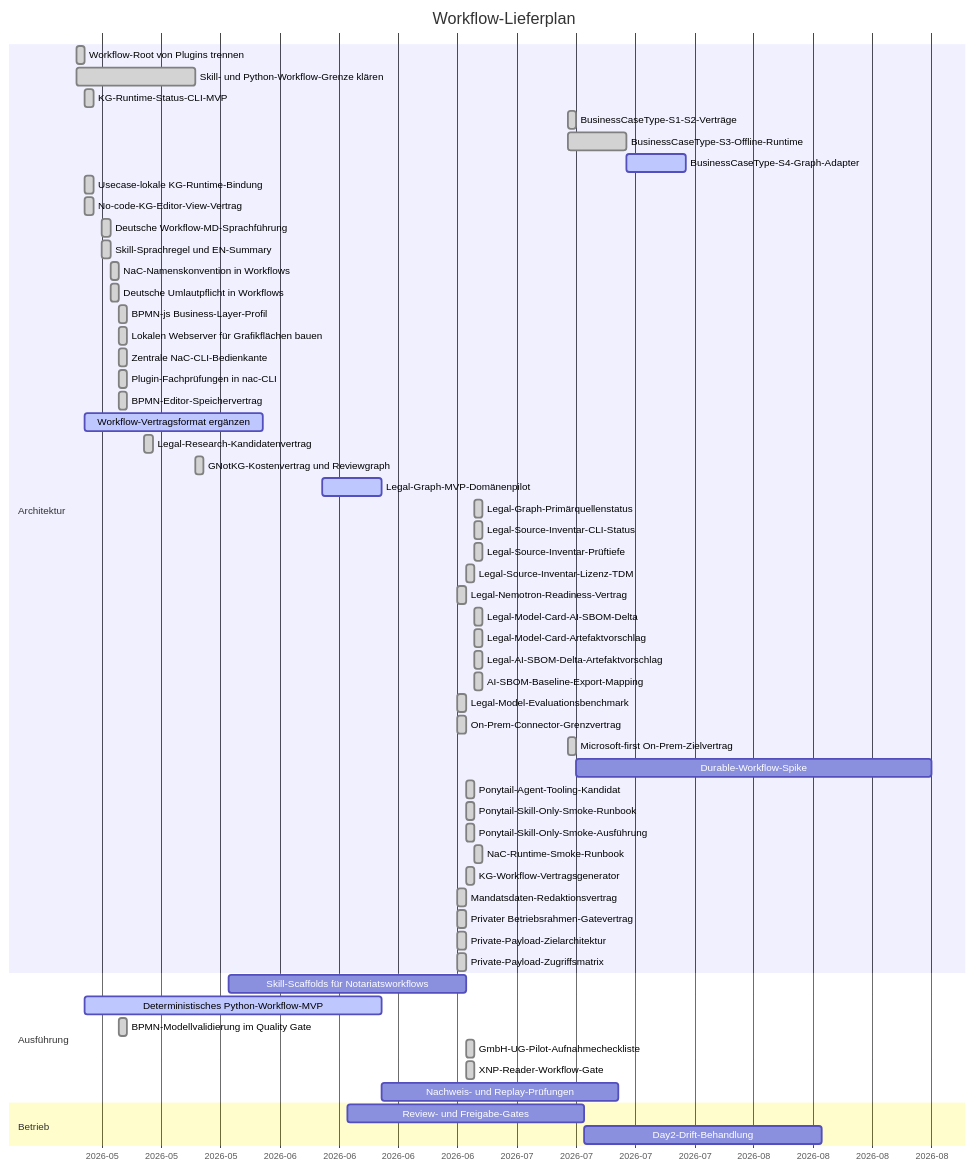
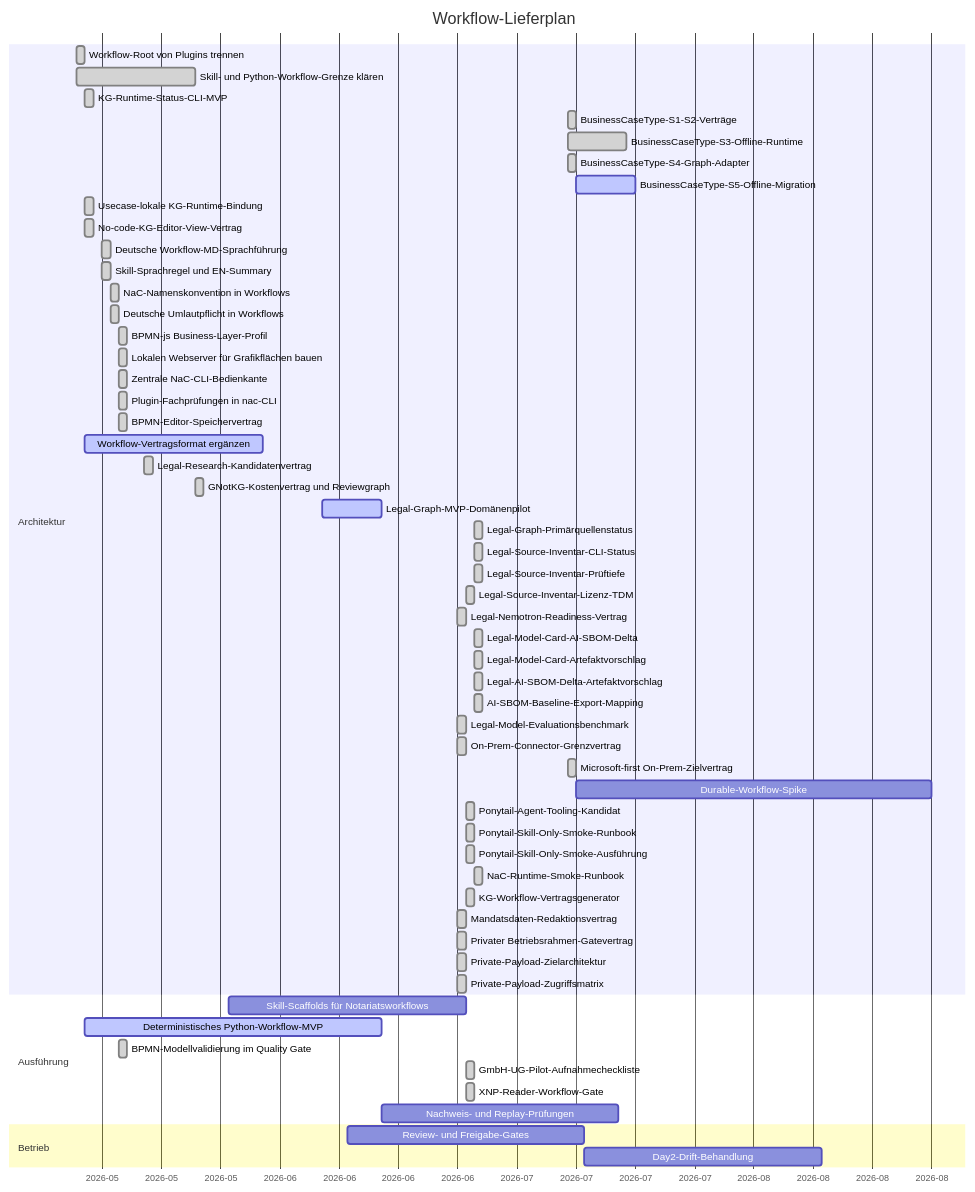
Before and after one commit to notariat8/NaC: the diagram in workflows/GANTT.md, drawn with Mermaid. The commit also changed 52 other files, not shown here.

Commit message:
feat(kg): add offline BusinessCaseType migration S5

````diff
--- a/workflows/GANTT.md
+++ b/workflows/GANTT.md
@@ -5,63 +5,64 @@
 ```mermaid
 gantt
     title Workflow-Lieferplan
     dateFormat  YYYY-MM-DD
     axisFormat  %Y-%m
 
     section Architektur
     Workflow-Root von Plugins trennen          :done,   w1, 2026-05-14, 1d
     Skill- und Python-Workflow-Grenze klären  :done,   w2, 2026-05-14, 14d
     KG-Runtime-Status-CLI-MVP                  :done,   w3, 2026-05-15, 1d
     BusinessCaseType-S1-S2-Verträge            :done,   w3b, 2026-07-11, 1d
     BusinessCaseType-S3-Offline-Runtime         :done,   w3c, 2026-07-11, 7d
-    BusinessCaseType-S4-Graph-Adapter           :active, w3d, after w3c, 7d
+    BusinessCaseType-S4-Graph-Adapter           :done,   w3d, 2026-07-11, 1d
+    BusinessCaseType-S5-Offline-Migration      :active, w3e, 2026-07-12, 7d
     Usecase-lokale KG-Runtime-Bindung          :done,   w3a, 2026-05-15, 1d
     No-code-KG-Editor-View-Vertrag             :done,   w4a, 2026-05-15, 1d
     Deutsche Workflow-MD-Sprachführung        :done,   w4b, 2026-05-17, 1d
     Skill-Sprachregel und EN-Summary            :done,   w4c, 2026-05-17, 1d
     NaC-Namenskonvention in Workflows           :done,   w4d, 2026-05-18, 1d
     Deutsche Umlautpflicht in Workflows         :done,   w4e, 2026-05-18, 1d
     BPMN-js Business-Layer-Profil               :done,   w4f, 2026-05-19, 1d
     Lokalen Webserver für Grafikflächen bauen  :done,   w4g, 2026-05-19, 1d
     Zentrale NaC-CLI-Bedienkante                :done,   w4h, 2026-05-19, 1d
     Plugin-Fachprüfungen in nac-CLI             :done,   w4i, 2026-05-19, 1d
     BPMN-Editor-Speichervertrag                 :done,   w4j, 2026-05-19, 1d
     Workflow-Vertragsformat ergänzen          :active, w4, 2026-05-15, 21d
     Legal-Research-Kandidatenvertrag           :done,   w4k, 2026-05-22, 1d
     GNotKG-Kostenvertrag und Reviewgraph        :done,   w4l, 2026-05-28, 1d
     Legal-Graph-MVP-Domänenpilot              :active, w4m, 2026-06-12, 7d
     Legal-Graph-Primärquellenstatus            :done,   w4z, 2026-06-30, 1d
     Legal-Source-Inventar-CLI-Status           :done,   w4aa, 2026-06-30, 1d
     Legal-Source-Inventar-Prüftiefe            :done,   w4af, 2026-06-30, 1d
     Legal-Source-Inventar-Lizenz-TDM           :done,   w4u, 2026-06-29, 1d
     Legal-Nemotron-Readiness-Vertrag            :done,   w4s, 2026-06-28, 1d
     Legal-Model-Card-AI-SBOM-Delta             :done,   w4ab, 2026-06-30, 1d
     Legal-Model-Card-Artefaktvorschlag         :done,   w4ac, 2026-06-30, 1d
     Legal-AI-SBOM-Delta-Artefaktvorschlag      :done,   w4ad, 2026-06-30, 1d
     AI-SBOM-Baseline-Export-Mapping            :done,   w4ae, 2026-06-30, 1d
     Legal-Model-Evaluationsbenchmark           :done,   w4t, 2026-06-28, 1d
     On-Prem-Connector-Grenzvertrag            :done,   w4n, 2026-06-28, 1d
     Microsoft-first On-Prem-Zielvertrag          :done,   w4ah, 2026-07-11, 1d
     Durable-Workflow-Spike                       :        w4ai, after w4ah, 42d
     Ponytail-Agent-Tooling-Kandidat            :done,   w4v, 2026-06-29, 1d
     Ponytail-Skill-Only-Smoke-Runbook          :done,   w4w, 2026-06-29, 1d
     Ponytail-Skill-Only-Smoke-Ausführung       :done,   w4x, 2026-06-29, 1d
     NaC-Runtime-Smoke-Runbook                  :done,   w4ag, 2026-06-30, 1d
     KG-Workflow-Vertragsgenerator              :done,   w4y, 2026-06-29, 1d
     Mandatsdaten-Redaktionsvertrag             :done,   w4o, 2026-06-28, 1d
     Privater Betriebsrahmen-Gatevertrag        :done,   w4p, 2026-06-28, 1d
     Private-Payload-Zielarchitektur            :done,   w4q, 2026-06-28, 1d
     Private-Payload-Zugriffsmatrix             :done,   w4r, 2026-06-28, 1d
 
     section Ausführung
     Skill-Scaffolds für Notariatsworkflows    :        w5, 2026-06-01, 28d
     Deterministisches Python-Workflow-MVP      :active, w6, 2026-05-15, 35d
     BPMN-Modellvalidierung im Quality Gate      :done,   w6a, 2026-05-19, 1d
     GmbH-UG-Pilot-Aufnahmecheckliste           :done,   w6b, 2026-06-29, 1d
     XNP-Reader-Workflow-Gate                   :done,   w6c, 2026-06-29, 1d
     Nachweis- und Replay-Prüfungen            :        w7, after w6, 28d
 
     section Betrieb
     Review- und Freigabe-Gates                 :        w8, 2026-06-15, 28d
     Day2-Drift-Behandlung                      :        w9, after w8, 28d
 ```
````
